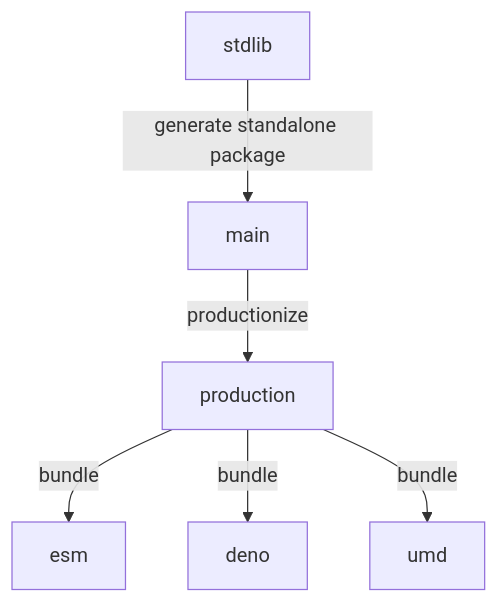
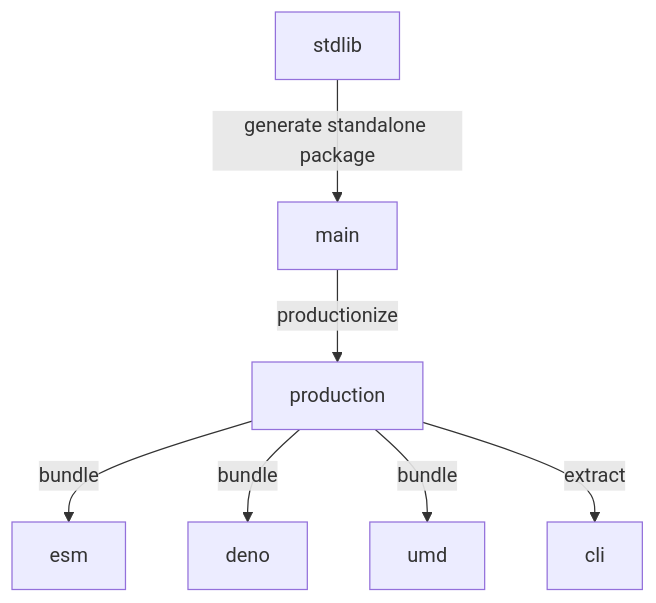
One commit to stdlib-js/time-iso-weeks-in-year changed the diagram in branches.md. Above: the diagram before and after it, drawn with Mermaid. The commit also changed other lines of this file and 8 other files, not shown here.

````diff
--- a/branches.md
+++ b/branches.md
@@ -33,15 +34,17 @@
 ```mermaid
 graph TD;
 A[stdlib]-->|generate standalone package|B;
 B[main] -->|productionize| C[production];
 C -->|bundle| D[esm];
 C -->|bundle| E[deno];
 C -->|bundle| F[umd];
+C -->|extract| G[cli];
 
-click A href "https://github.com/stdlib-js/stdlib/tree/develop/lib/node_modules/%40stdlib/time/iso-weeks-in-year"
-click B href "https://github.com/stdlib-js/time-iso-weeks-in-year/tree/main"
-click C href "https://github.com/stdlib-js/time-iso-weeks-in-year/tree/production"
-click D href "https://github.com/stdlib-js/time-iso-weeks-in-year/tree/esm"
-click E href "https://github.com/stdlib-js/time-iso-weeks-in-year/tree/deno"
-click F href "https://github.com/stdlib-js/time-iso-weeks-in-year/tree/umd"
+%% click A href "https://github.com/stdlib-js/stdlib/tree/develop/lib/node_modules/%40stdlib/time/iso-weeks-in-year"
+%% click B href "https://github.com/stdlib-js/time-iso-weeks-in-year/tree/main"
+%% click C href "https://github.com/stdlib-js/time-iso-weeks-in-year/tree/production"
+%% click D href "https://github.com/stdlib-js/time-iso-weeks-in-year/tree/esm"
+%% click E href "https://github.com/stdlib-js/time-iso-weeks-in-year/tree/deno"
+%% click F href "https://github.com/stdlib-js/time-iso-weeks-in-year/tree/umd"
+%% click G href "https://github.com/stdlib-js/time-iso-weeks-in-year/tree/cli"
 ```
````
